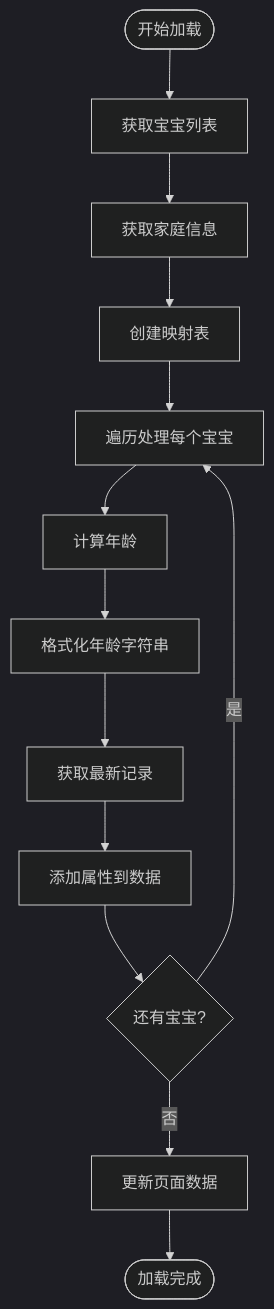
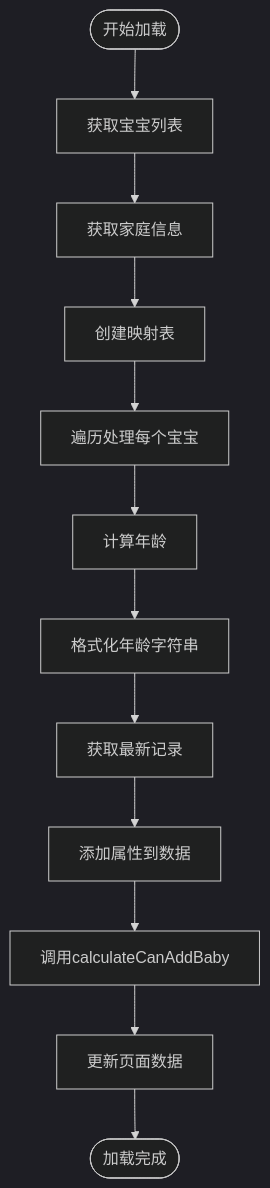
The third of 7 diagrams in .qoder/repowiki/zh/content/页面组件设计/核心页面组件/首页宝宝列表页.md (zhangxin19911211-creator/Project_BabyAssistant), drawn with Mermaid (dark theme) before and after one commit. The commit also changed other lines of this file and 24 other files, not shown here.

````diff
--- a/.qoder/repowiki/zh/content/页面组件设计/核心页面组件/首页宝宝列表页.md
+++ b/.qoder/repowiki/zh/content/页面组件设计/核心页面组件/首页宝宝列表页.md
@@ -137,15 +143,14 @@
 ```mermaid
 flowchart TD
 Start([开始加载]) --> GetBabies[获取宝宝列表]
 GetBabies --> GetFamilies[获取家庭信息]
 GetFamilies --> CreateMaps[创建映射表]
 CreateMaps --> ProcessLoop[遍历处理每个宝宝]
 ProcessLoop --> CalcAge[计算年龄]
 CalcAge --> FormatAge[格式化年龄字符串]
 FormatAge --> GetLatest[获取最新记录]
 GetLatest --> AddProps[添加属性到数据]
-AddProps --> NextBaby{还有宝宝?}
-NextBaby --> |是| ProcessLoop
-NextBaby --> |否| SetData[更新页面数据]
+AddProps --> CallCalculate[调用calculateCanAddBaby]
+CallCalculate --> SetData[更新页面数据]
 SetData --> End([加载完成])
 ```
````
